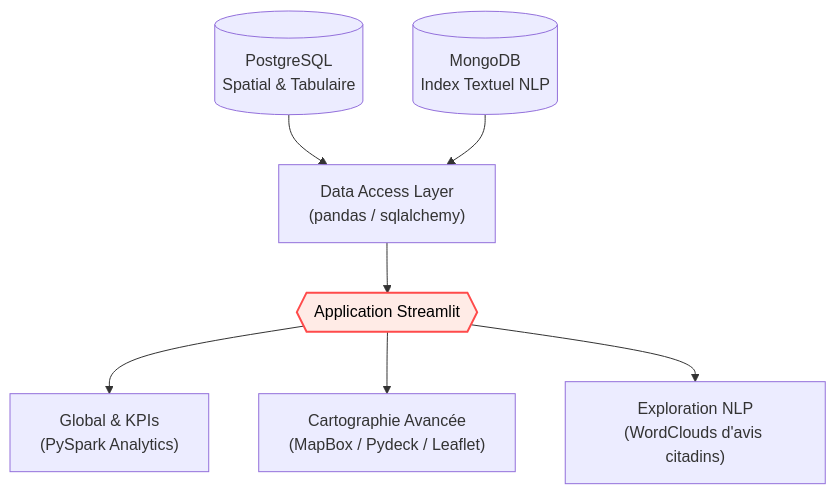
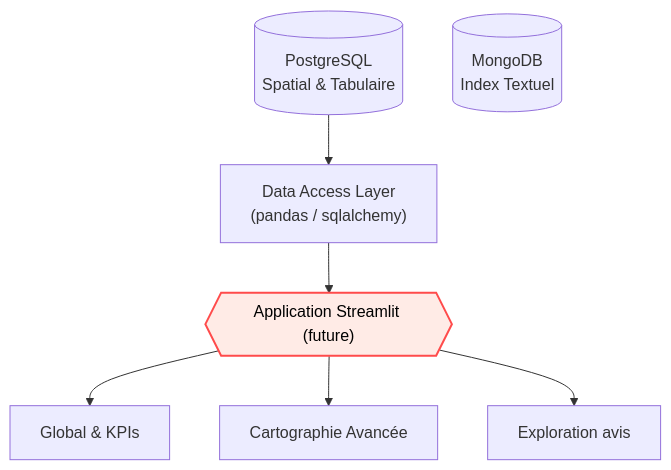
Before and after one commit to Honkpehedji-Stanley/Casapedia: the second of 3 diagrams in CASAPEDIA_DOC.md, drawn with Mermaid. The commit also changed other lines of this file and 12 other files, not shown here.

````diff
--- a/CASAPEDIA_DOC.md
+++ b/CASAPEDIA_DOC.md
@@ -99,14 +99,14 @@
 ```mermaid
 flowchart TD
     %% Bases de données nettoyées et enrichies
     A1[("PostgreSQL\nSpatial & Tabulaire")] --> B["Data Access Layer\n(pandas / sqlalchemy)"]
-    A2[("MongoDB\nIndex Textuel NLP")] --> B
+    A2[("MongoDB\nIndex Textuel")]
 
-    B --> ST{{"Application Streamlit"}}
-    
-    ST --> D["Global & KPIs\n(PySpark Analytics)"]
-    ST --> E["Cartographie Avancée\n(MapBox / Pydeck / Leaflet)"]
-    ST --> F["Exploration NLP\n(WordClouds d'avis citadins)"]
-    
+    B --> ST{{"Application Streamlit (future)"}}
+
+    ST --> D["Global & KPIs"]
+    ST --> E["Cartographie Avancée"]
+    ST --> F["Exploration avis"]
+
     style ST fill:#ffebe6,stroke:#ff4b4b,stroke-width:2px,color:#000
 ```
````
